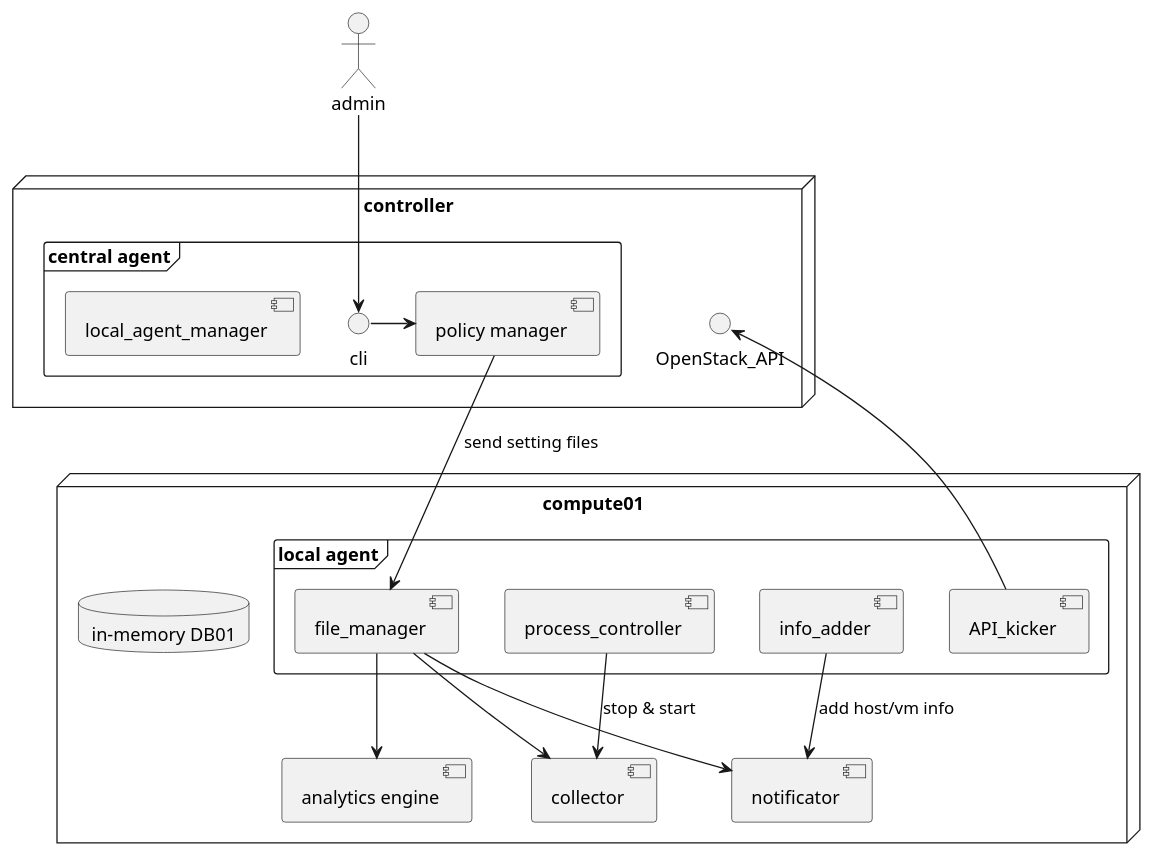
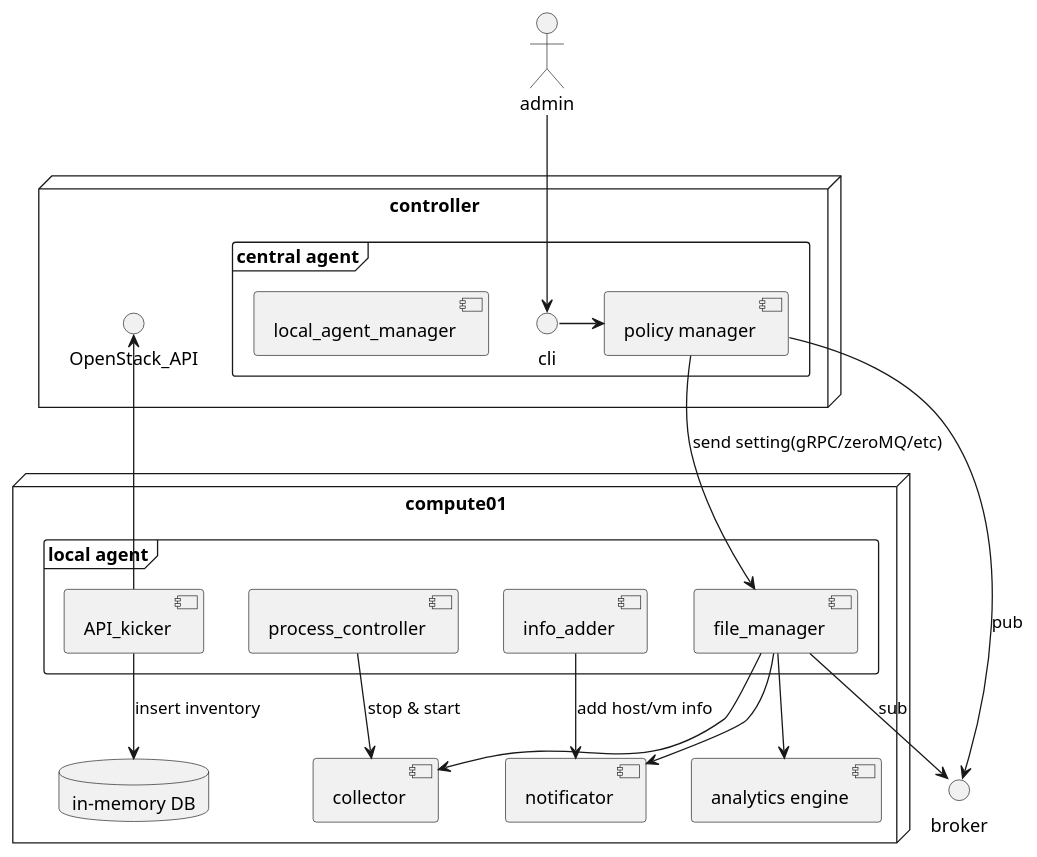
Before and after one commit to distributed-monitoring/agent: the diagram in doc/agent_component.md, drawn with PlantUML. The commit also changed 1 other file, not shown here.

Commit message:
update uml and add png file

````diff
--- a/doc/agent_component.md
+++ b/doc/agent_component.md
@@ -1,32 +1,36 @@
 ```uml
 @startuml
 actor admin
 
 node "controller" {
   frame "central agent" {
     admin --> ()cli
     ()cli -> [policy manager]
     [local_agent_manager]
   }
   () OpenStack_API
 }
 
+[policy manager] ---> ()broker : pub
+
 node "compute01"{
   frame "local agent" {
     [file_manager]
     [process_controller]
     [API_kicker]
     [info_adder]
   }
-  [policy manager] --> [file_manager] : send setting files
+  [policy manager] --> [file_manager] : send setting(gRPC/zeroMQ/etc)
+  [file_manager] -> ()broker : sub
   [file_manager] --> [collector]
   [process_controller] --> [collector] : stop & start
   [file_manager] --> [notificator]
   [file_manager] --> [analytics engine]
-  database "in-memory DB01"
+  database "in-memory DB"
   [API_kicker] --> () OpenStack_API
+  [API_kicker] --> [in-memory DB] : insert inventory
   [info_adder] --> [notificator] : add host/vm info
 }
 
 @enduml
 ```
````
